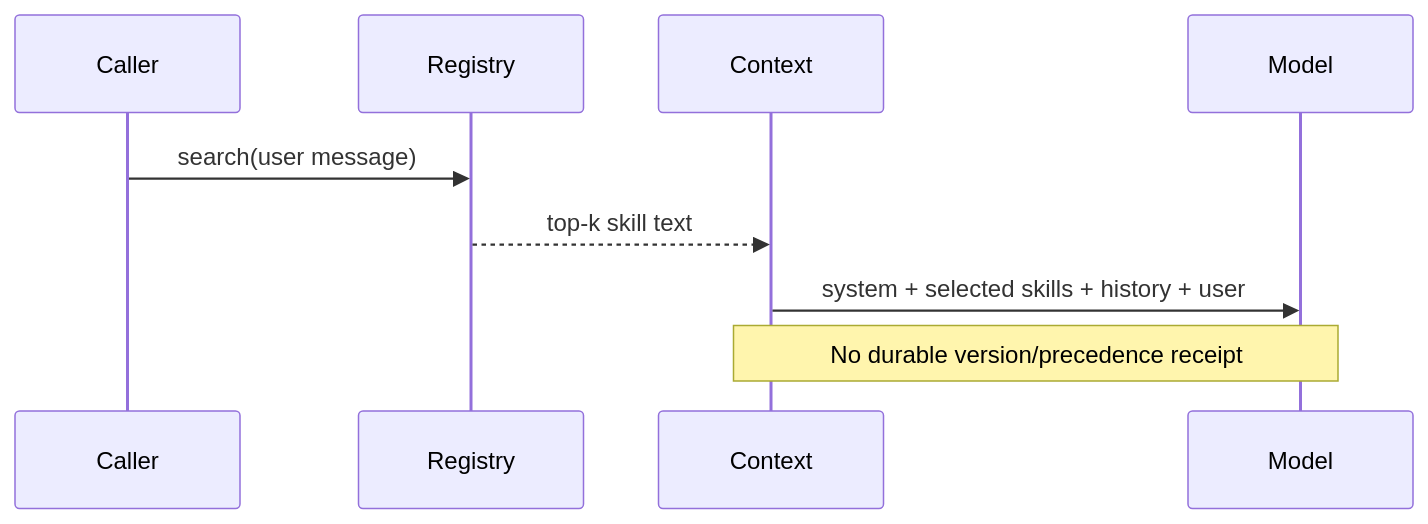
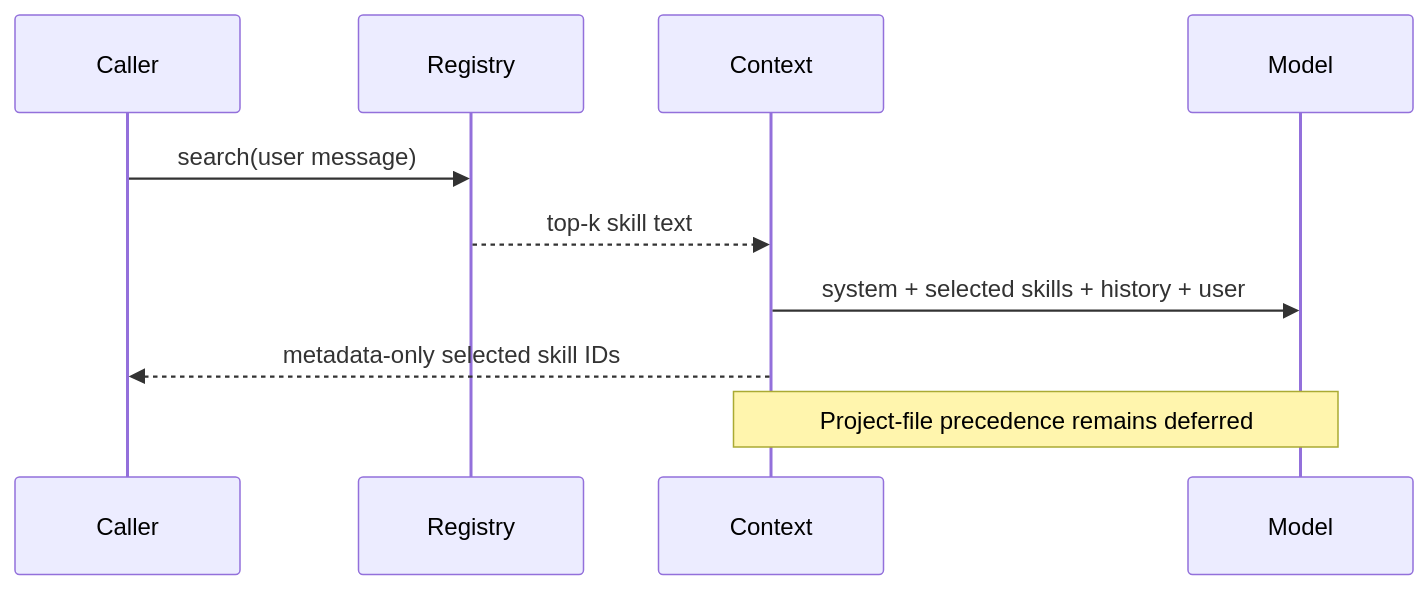
One commit to levalencia/archon changed the second of 2 diagrams in docs/course/concepts/skills-project-instructions.md. Above: the diagram before and after it, drawn with Mermaid. The commit also changed other lines of this file and 20 other files, not shown here.

````diff
--- a/docs/course/concepts/skills-project-instructions.md
+++ b/docs/course/concepts/skills-project-instructions.md
@@ -30,7 +30,8 @@
 ```mermaid
 sequenceDiagram
     Caller->>Registry: search(user message)
     Registry-->>Context: top-k skill text
     Context->>Model: system + selected skills + history + user
-    Note over Context,Model: No durable version/precedence receipt
+    Context-->>Caller: metadata-only selected skill IDs
+    Note over Context,Model: Project-file precedence remains deferred
 ```
````
